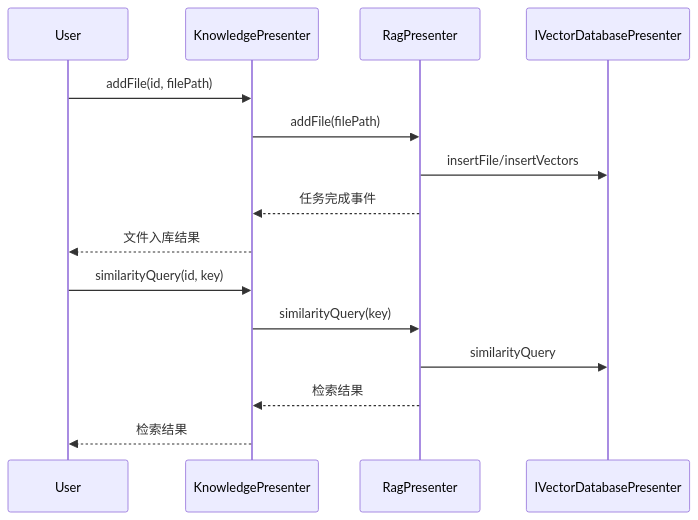
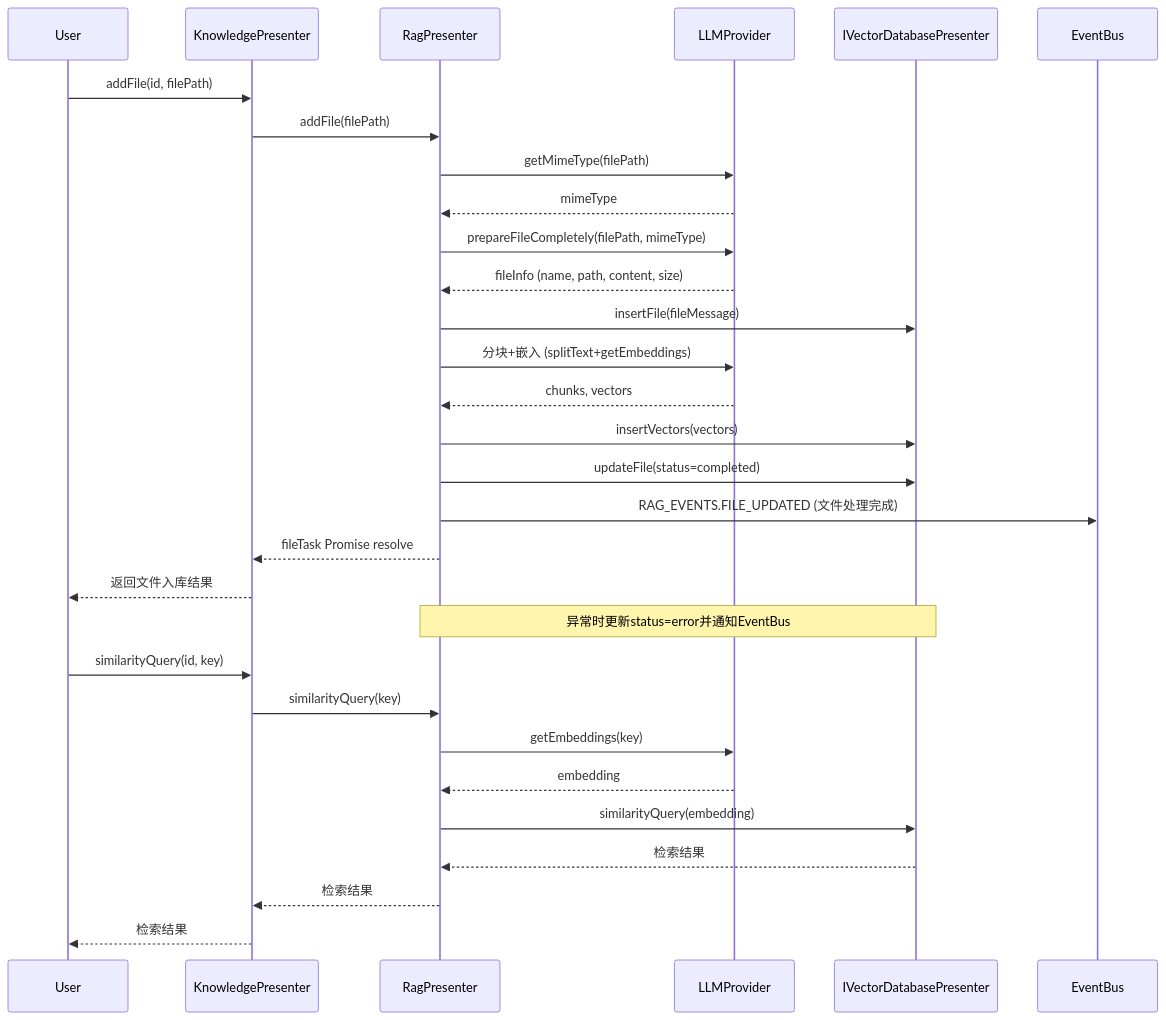
The diagram in docs/builtin-knowledge-design.md (wangle201210/deepchat), drawn with Mermaid before and after one commit.

Commit message:
feat: enhance file handling process in BuiltinKnowledge design with detailed flow for file insertion and retrieval

````diff
--- a/docs/builtin-knowledge-design.md
+++ b/docs/builtin-knowledge-design.md
@@ -58,19 +58,36 @@
 ```mermaid
 sequenceDiagram
     participant User
     participant KnowledgePresenter
     participant RagPresenter
+    participant LLMProvider
     participant IVectorDatabasePresenter
+    participant EventBus
 
+    %% 文件入库流程
     User->>KnowledgePresenter: addFile(id, filePath)
     KnowledgePresenter->>RagPresenter: addFile(filePath)
-    RagPresenter->>IVectorDatabasePresenter: insertFile/insertVectors
-    RagPresenter-->>KnowledgePresenter: 任务完成事件
-    KnowledgePresenter-->>User: 文件入库结果
+    RagPresenter->>LLMProvider: getMimeType(filePath)
+    LLMProvider-->>RagPresenter: mimeType
+    RagPresenter->>LLMProvider: prepareFileCompletely(filePath, mimeType)
+    LLMProvider-->>RagPresenter: fileInfo (name, path, content, size)
+    RagPresenter->>IVectorDatabasePresenter: insertFile(fileMessage)
+    RagPresenter->>LLMProvider: 分块+嵌入 (splitText+getEmbeddings)
+    LLMProvider-->>RagPresenter: chunks, vectors
+    RagPresenter->>IVectorDatabasePresenter: insertVectors(vectors)
+    RagPresenter->>IVectorDatabasePresenter: updateFile(status=completed)
+    RagPresenter->>EventBus: RAG_EVENTS.FILE_UPDATED (文件处理完成)
+    RagPresenter-->>KnowledgePresenter: fileTask Promise resolve
+    KnowledgePresenter-->>User: 返回文件入库结果
+    Note over RagPresenter,IVectorDatabasePresenter: 异常时更新status=error并通知EventBus
 
+    %% 文件检索流程
     User->>KnowledgePresenter: similarityQuery(id, key)
     KnowledgePresenter->>RagPresenter: similarityQuery(key)
-    RagPresenter->>IVectorDatabasePresenter: similarityQuery
+    RagPresenter->>LLMProvider: getEmbeddings(key)
+    LLMProvider-->>RagPresenter: embedding
+    RagPresenter->>IVectorDatabasePresenter: similarityQuery(embedding)
+    IVectorDatabasePresenter-->>RagPresenter: 检索结果
     RagPresenter-->>KnowledgePresenter: 检索结果
     KnowledgePresenter-->>User: 检索结果
 ```
````
